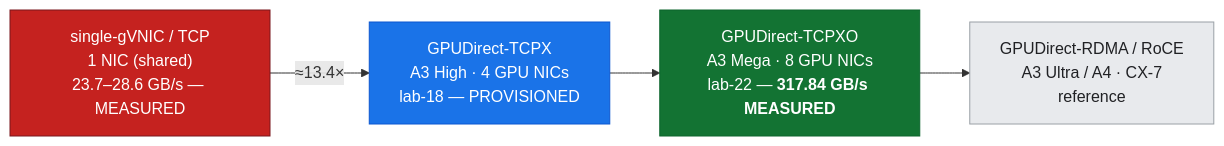
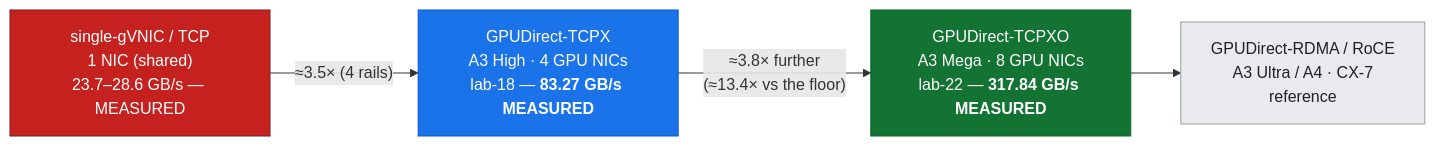
Before and after one commit to elideng-sg/hypercomputer-internode-deepdive: the second of 3 diagrams in docs/part6-architecture-gcp-integration/21-gke-network-design.md, drawn with Mermaid. The commit also changed other lines of this file and 43 other files, not shown here.

First line of the commit message:
lab-18: measure GPUDirect-TCPX live, and correct the guide against it

````diff
--- a/docs/part6-architecture-gcp-integration/21-gke-network-design.md
+++ b/docs/part6-architecture-gcp-integration/21-gke-network-design.md
@@ -64,11 +64,11 @@
 ```mermaid
 flowchart LR
-  R0["single-gVNIC / TCP<br/>1 NIC (shared)<br/>23.7–28.6 GB/s — MEASURED"] -->|"≈13.4×"| R1["GPUDirect-TCPX<br/>A3 High · 4 GPU NICs<br/>lab-18 — PROVISIONED"]
-  R1 --> R2["GPUDirect-TCPXO<br/>A3 Mega · 8 GPU NICs<br/>lab-22 — <b>317.84 GB/s MEASURED</b>"]
+  R0["single-gVNIC / TCP<br/>1 NIC (shared)<br/>23.7–28.6 GB/s — MEASURED"] -->|"≈3.5× (4 rails)"| R1["GPUDirect-TCPX<br/>A3 High · 4 GPU NICs<br/>lab-18 — <b>83.27 GB/s MEASURED</b>"]
+  R1 -->|"≈3.8× further<br/>(≈13.4× vs the floor)"| R2["GPUDirect-TCPXO<br/>A3 Mega · 8 GPU NICs<br/>lab-22 — <b>317.84 GB/s MEASURED</b>"]
   R2 --> R3["GPUDirect-RDMA / RoCE<br/>A3 Ultra / A4 · CX-7<br/>reference"]
   classDef crit fill:#c5221f,stroke:#7a161c,color:#ffffff;
   classDef meas fill:#1a73e8,stroke:#0b57d0,color:#ffffff;
   classDef good fill:#137333,stroke:#0d652d,color:#ffffff;
   classDef ctx fill:#e8eaed,stroke:#9aa0a6,color:#202124;
   class R0 crit; class R1 meas; class R2 good; class R3 ctx;
 ```
````
